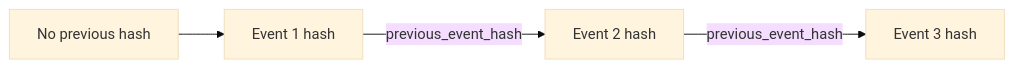
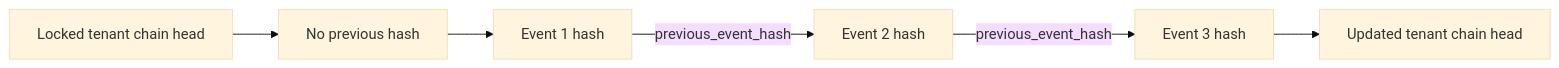
One commit to ThienUIT/ai-recruitment changed the diagram in docs/talent-intelligence/audit.md. Above: the diagram before and after it, drawn with Mermaid (base theme). The commit also changed other lines of this file and 15 other files, not shown here.

````diff
--- a/docs/talent-intelligence/audit.md
+++ b/docs/talent-intelligence/audit.md
@@ -11,6 +11,8 @@
 ```mermaid
 flowchart LR
-    Genesis[No previous hash] --> E1[Event 1 hash]
+    Head[Locked tenant chain head] --> Genesis[No previous hash]
+    Genesis --> E1[Event 1 hash]
     E1 -->|previous_event_hash| E2[Event 2 hash]
     E2 -->|previous_event_hash| E3[Event 3 hash]
+    E3 --> UpdatedHead[Updated tenant chain head]
 ```
````
